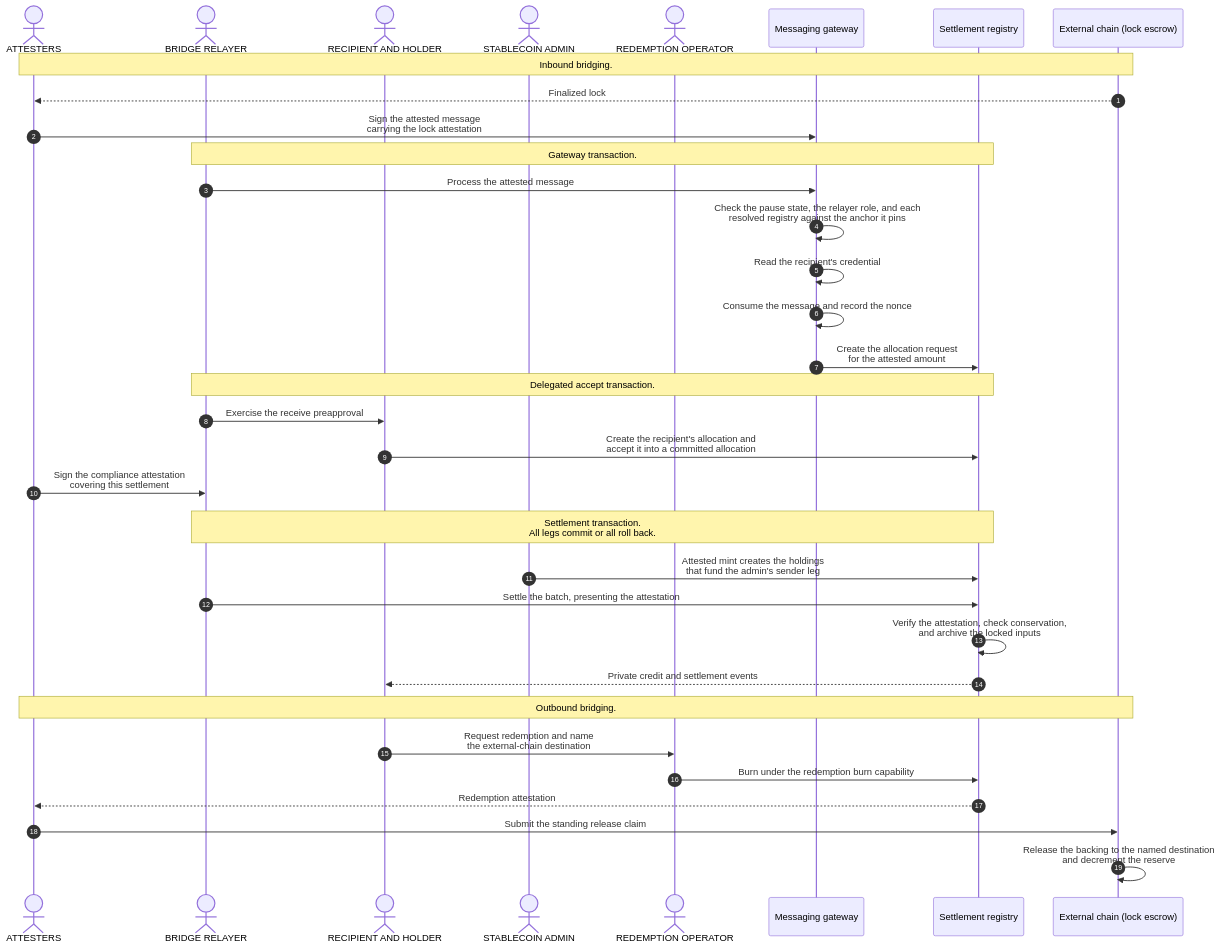
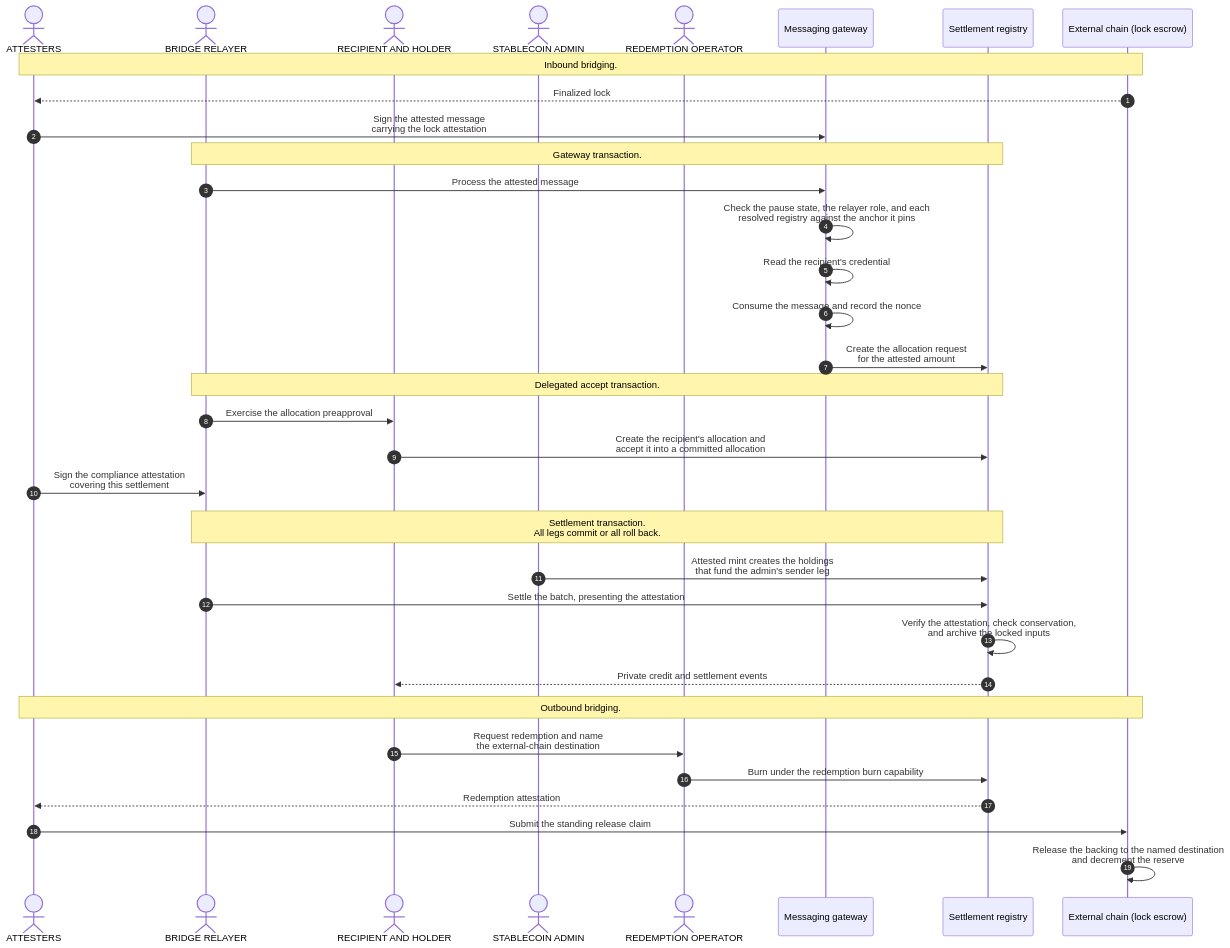
The diagram in docs/reference-architectures/cross-chain-stablecoin.md (OpenZeppelin/canton-specs), drawn with Mermaid before and after one commit. The commit also changed other lines of this file, not shown here.

First line of the commit message:
name the recipient's standing consent an allocation preapproval

````diff
--- a/docs/reference-architectures/cross-chain-stablecoin.md
+++ b/docs/reference-architectures/cross-chain-stablecoin.md
@@ -260,39 +260,39 @@
 ```mermaid
 sequenceDiagram
     autonumber
     actor Attesters as ATTESTERS
     actor Relayer as BRIDGE RELAYER
     actor Recipient as RECIPIENT AND HOLDER
     actor Admin as STABLECOIN ADMIN
     actor Operator as REDEMPTION OPERATOR
     participant App as Messaging gateway
     participant Registry as Settlement registry
     participant Chain as External chain (lock escrow)
 
     Note over Attesters,Chain: Inbound bridging.
     Chain-->>Attesters: Finalized lock
     Attesters->>App: Sign the attested message<br/>carrying the lock attestation
     Note over Relayer,Registry: Gateway transaction.
     Relayer->>App: Process the attested message
     App->>App: Check the pause state, the relayer role, and each<br/>resolved registry against the anchor it pins
     App->>App: Read the recipient's credential
     App->>App: Consume the message and record the nonce
     App->>Registry: Create the allocation request<br/>for the attested amount
     Note over Relayer,Registry: Delegated accept transaction.
-    Relayer->>Recipient: Exercise the receive preapproval
+    Relayer->>Recipient: Exercise the allocation preapproval
     Recipient->>Registry: Create the recipient's allocation and<br/>accept it into a committed allocation
     Attesters->>Relayer: Sign the compliance attestation<br/>covering this settlement
     rect rgba(255, 255, 255, .1)
         Note over Relayer,Registry: Settlement transaction.<br/>All legs commit or all roll back.
         Admin->>Registry: Attested mint creates the holdings<br/>that fund the admin's sender leg
         Relayer->>Registry: Settle the batch, presenting the attestation
         Registry->>Registry: Verify the attestation, check conservation,<br/>and archive the locked inputs
         Registry-->>Recipient: Private credit and settlement events
     end
     Note over Attesters,Chain: Outbound bridging.
     Recipient->>Operator: Request redemption and name<br/>the external-chain destination
     Operator->>Registry: Burn under the redemption burn capability
     Registry-->>Attesters: Redemption attestation
     Attesters->>Chain: Submit the standing release claim
     Chain->>Chain: Release the backing to the named destination<br/>and decrement the reserve
 ```
````
